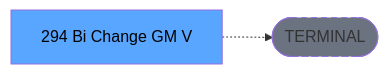
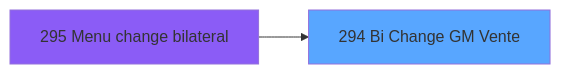
The third of 4 diagrams in .openspec/specs/ADH-IDE-294.md (thonyAGP/magic-migration), drawn with Mermaid before and after one commit. The commit also changed other lines of this file and 253 other files, not shown here.

````diff
--- a/.openspec/specs/ADH-IDE-294.md
+++ b/.openspec/specs/ADH-IDE-294.md
@@ -143,8 +1813,8 @@
 ```mermaid
 graph LR
-    T[294 Bi  Change GM V]
-    TERM([TERMINAL])
-    T -.-> TERM
-    style TERM fill:#6b7280,stroke-dasharray: 5 5
-    style T fill:#58a6ff,color:#000
+    T294[294 Bi Change GM Vente]
+    style T294 fill:#58a6ff
+    CC295[295 Menu change bilateral]
+    style CC295 fill:#8b5cf6
+    CC295 --> T294
 ```
````
